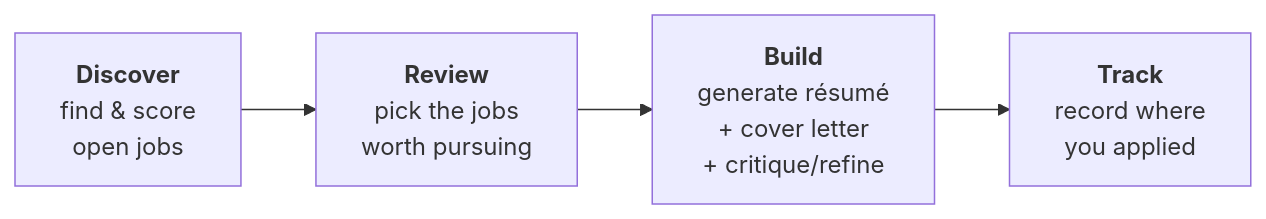
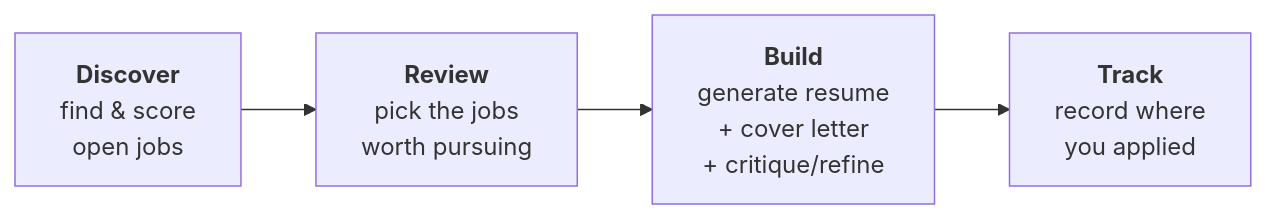
One commit to parseus-ai-inc/maestro-ai-backend changed the diagram in docs/04-running.md. Above: the diagram before and after it, drawn with Mermaid. The commit also changed other lines of this file and 10 other files, not shown here.

````diff
--- a/docs/04-running.md
+++ b/docs/04-running.md
@@ -47,8 +47,8 @@
 ```mermaid
 flowchart LR
     A["<b>Discover</b><br/>find & score<br/>open jobs"]
     B["<b>Review</b><br/>pick the jobs<br/>worth pursuing"]
-    C["<b>Build</b><br/>generate résumé<br/>+ cover letter<br/>+ critique/refine"]
+    C["<b>Build</b><br/>generate resume<br/>+ cover letter<br/>+ critique/refine"]
     D["<b>Track</b><br/>record where<br/>you applied"]
     A --> B --> C --> D
 ```
````
